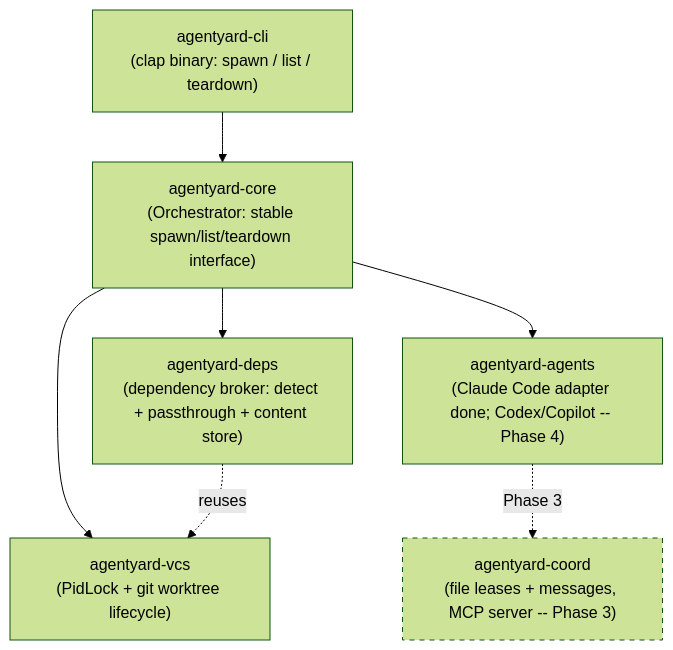
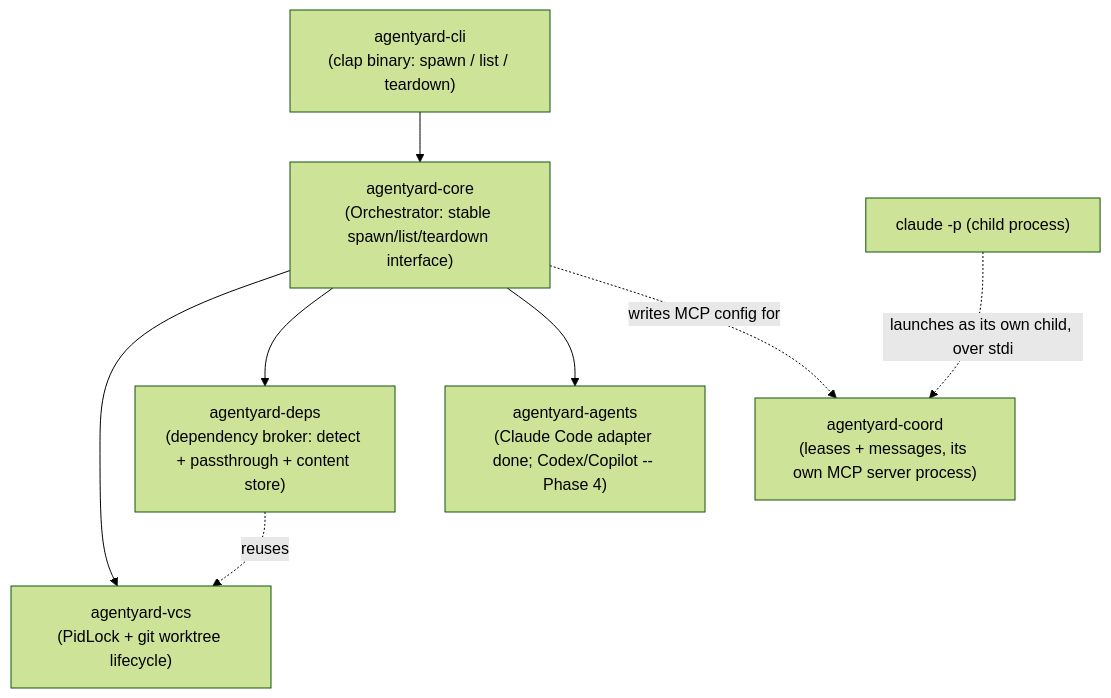
One commit to zekariasasaminew/pact changed the first of 3 diagrams in README.md. Above: the diagram before and after it, drawn with Mermaid (forest theme). The commit also changed other lines of this file, not shown here.

First line of the commit message:
Document Phase 3: coordination MCP server

````diff
--- a/README.md
+++ b/README.md
@@ -155,18 +186,17 @@
 ```mermaid
 graph TD
     CLI["agentyard-cli<br/>(clap binary: spawn / list / teardown)"]
     Core["agentyard-core<br/>(Orchestrator: stable spawn/list/teardown interface)"]
     VCS["agentyard-vcs<br/>(PidLock + git worktree lifecycle)"]
     Deps["agentyard-deps<br/>(dependency broker: detect + passthrough + content store)"]
     Agents["agentyard-agents<br/>(Claude Code adapter done; Codex/Copilot -- Phase 4)"]
-    Coord["agentyard-coord<br/>(file leases + messages, MCP server -- Phase 3)"]
+    Coord["agentyard-coord<br/>(leases + messages, its own MCP server process)"]
 
     CLI --> Core
     Core --> VCS
     Core --> Deps
     Core --> Agents
     Deps -.reuses.-> VCS
-    Agents -.Phase 3.-> Coord
-
-    style Coord stroke-dasharray: 5 5
+    Core -.writes MCP config for.-> Coord
+    Agent2["claude -p (child process)"] -.launches as its own child, over stdio.-> Coord
 ```
````
